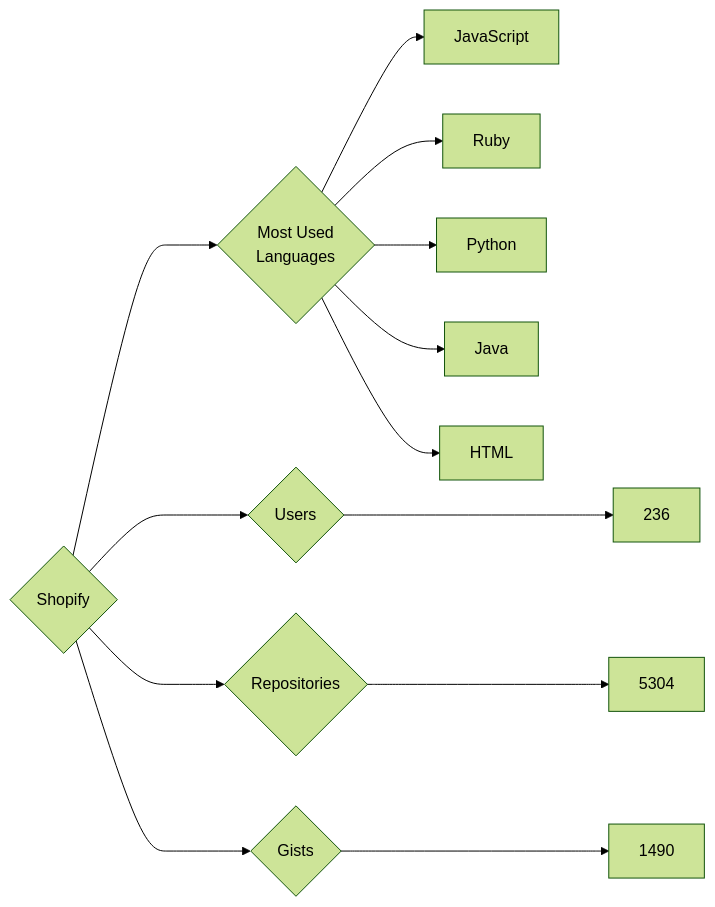
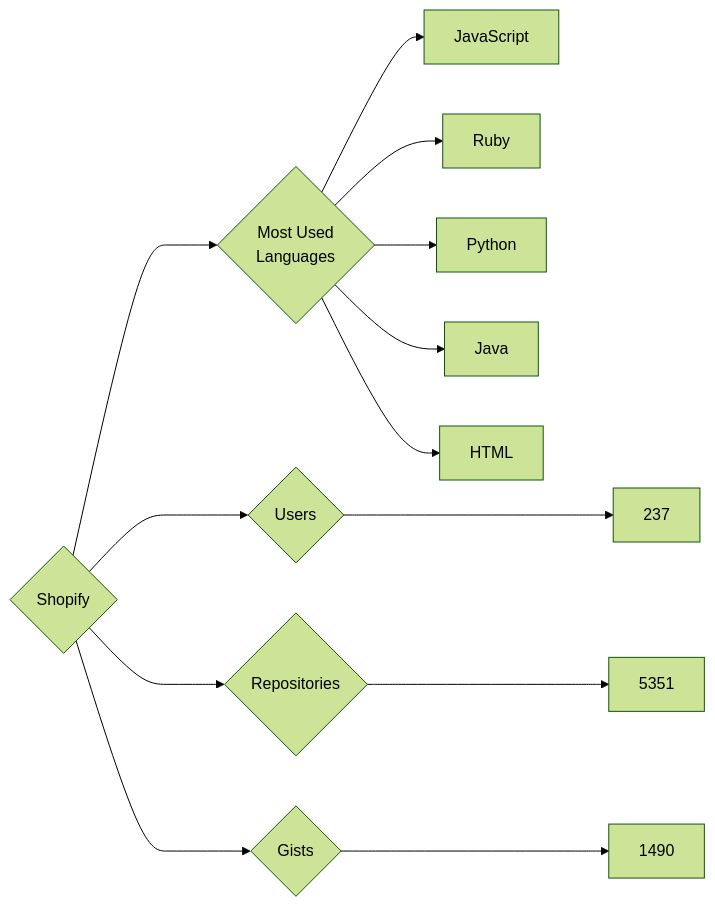
One commit to trickest/insiders changed the diagram in targets/Shopify/README.md. Above: the diagram before and after it, drawn with Mermaid (forest theme). The commit also changed 682 other files, not shown here.

````diff
--- a/targets/Shopify/README.md
+++ b/targets/Shopify/README.md
@@ -3,13 +3,13 @@
 ```mermaid
 graph LR
 COMPANY_NAME{Shopify}
-COMPANY_NAME ---> U{Users} ---> UN[236]
-COMPANY_NAME ---> R{Repositories} ---> RN[5304]
+COMPANY_NAME ---> U{Users} ---> UN[237]
+COMPANY_NAME ---> R{Repositories} ---> RN[5351]
 COMPANY_NAME ---> G{Gists} ---> GN[1490]
 COMPANY_NAME ---> ML{Most Used<br>Languages}
 ML --> JavaScript[JavaScript]
 ML --> Ruby[Ruby]
 ML --> Python[Python]
 ML --> Java[Java]
 ML --> HTML[HTML]
 ```
````
